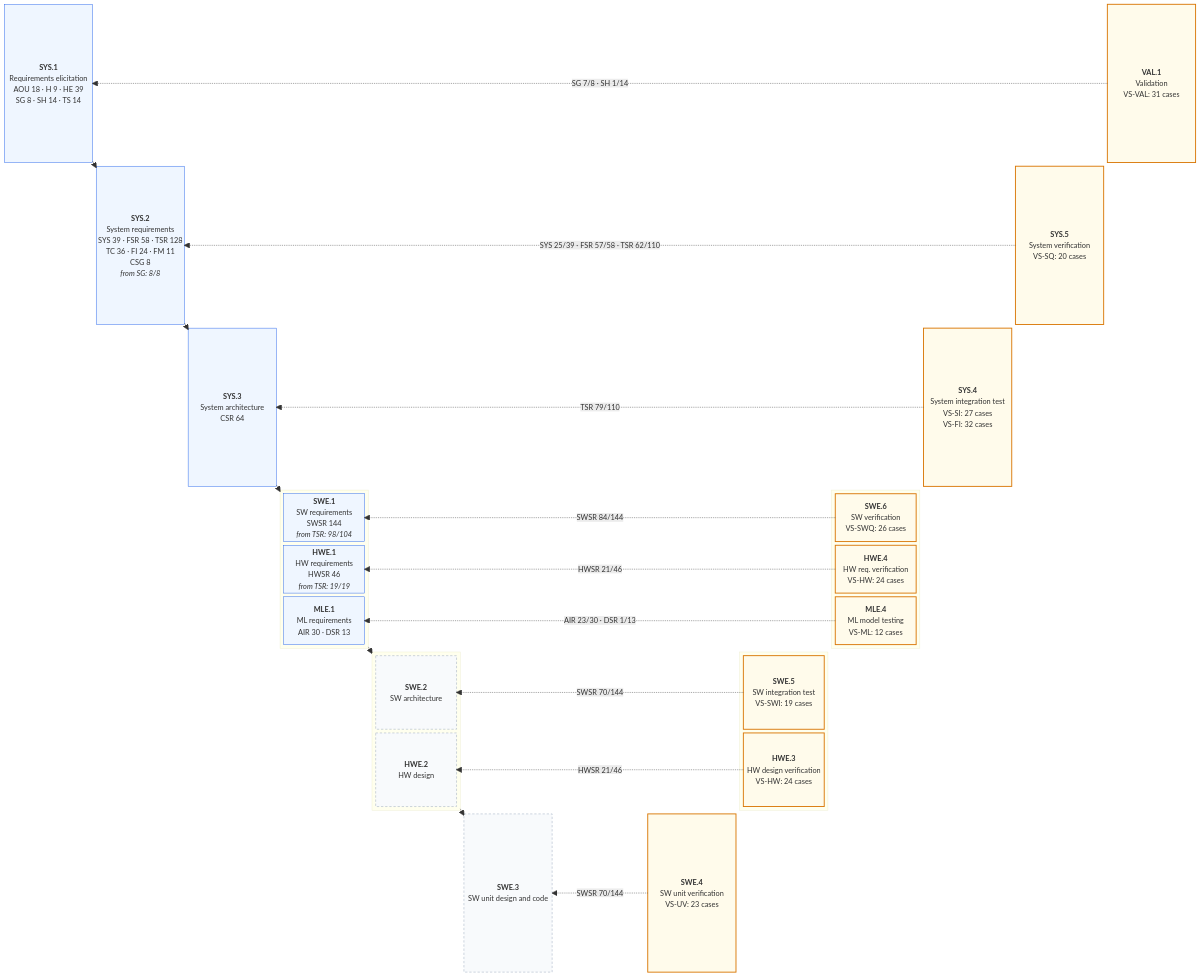
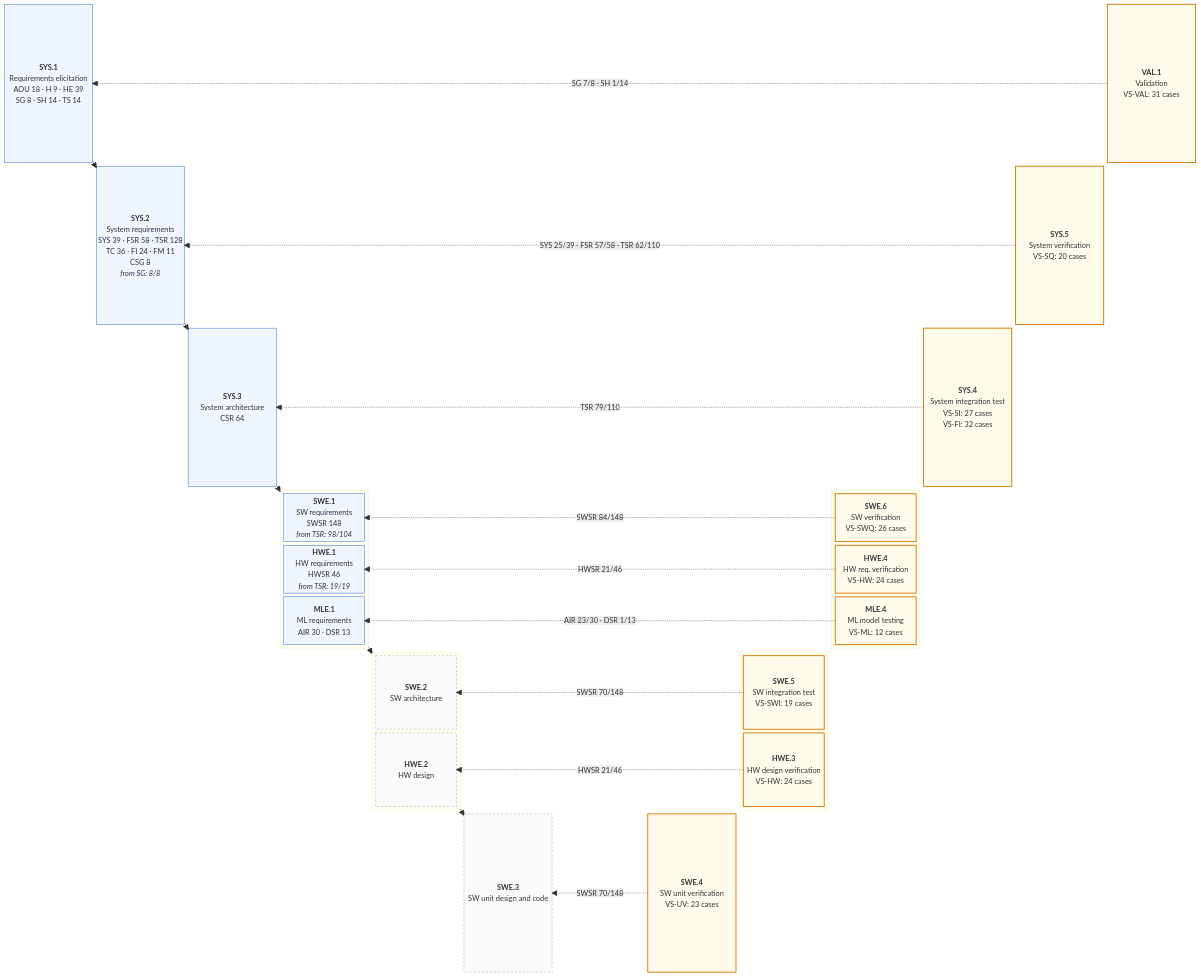
One commit to jherrodthomas/LionDriver changed the first of 2 diagrams in assurance/trace/maps/aspice-trace-map.md. Above: the diagram before and after it, drawn with Mermaid. The commit also changed other lines of this file and 136 other files, not shown here.

```diff
--- a/assurance/trace/maps/aspice-trace-map.md
+++ b/assurance/trace/maps/aspice-trace-map.md
@@ -66,7 +66,7 @@
   space
   block:L3
     columns 1
-    SWE1["<b>SWE.1</b><br/>SW requirements<br/>SWSR 144<br/><i>from TSR: 98/104</i>"]
+    SWE1["<b>SWE.1</b><br/>SW requirements<br/>SWSR 148<br/><i>from TSR: 98/104</i>"]
     HWE1["<b>HWE.1</b><br/>HW requirements<br/>HWSR 46<br/><i>from TSR: 19/19</i>"]
     MLE1["<b>MLE.1</b><br/>ML requirements<br/>AIR 30 · DSR 13"]
   end
@@ -126,12 +126,12 @@
   VAL1 -. "SG 7/8 · SH 1/14" .-> SYS1
   SYS5 -. "SYS 25/39 · FSR 57/58 · TSR 62/110" .-> SYS2
   SYS4 -. "TSR 79/110" .-> SYS3
-  SWE6 -. "SWSR 84/144" .-> SWE1
+  SWE6 -. "SWSR 84/148" .-> SWE1
   HWE4 -. "HWSR 21/46" .-> HWE1
   MLE4 -. "AIR 23/30 · DSR 1/13" .-> MLE1
-  SWE5 -. "SWSR 70/144" .-> SWE2
+  SWE5 -. "SWSR 70/148" .-> SWE2
   HWE3 -. "HWSR 21/46" .-> HWE2
-  SWE4 -. "SWSR 70/144" .-> SWE3
+  SWE4 -. "SWSR 70/148" .-> SWE3
   style VAL1 fill:#FFFBEB,stroke:#D97706,stroke-width:2px
   style SYS5 fill:#FFFBEB,stroke:#D97706,stroke-width:2px
   style SYS4 fill:#FFFBEB,stroke:#D97706,stroke-width:2px
```
